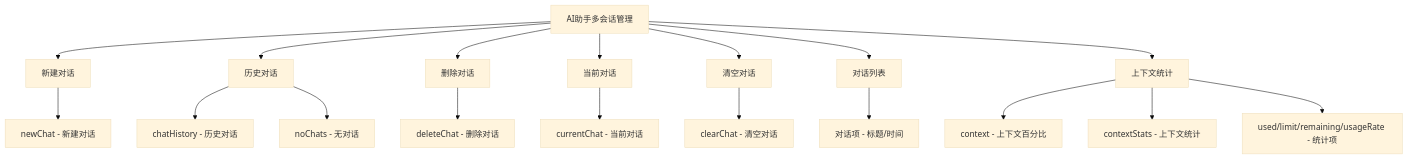
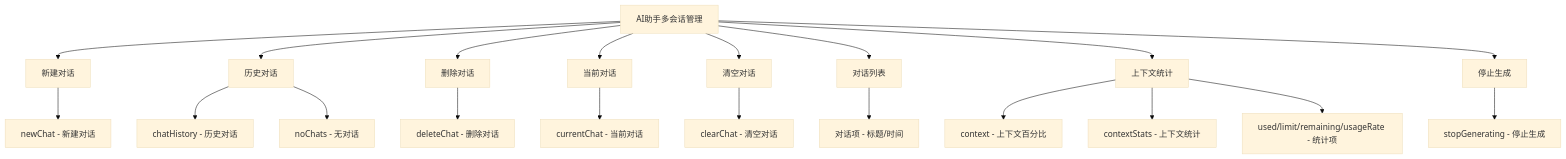
The eighth of 11 diagrams in .qoder/repowiki/zh/content/系统架构/前端架构/国际化系统/国际化系统.md (KunLabAI/KunFlix), drawn with Mermaid (base theme) before and after one commit. The commit also changed other lines of this file and 15 other files, not shown here.

````diff
--- a/.qoder/repowiki/zh/content/系统架构/前端架构/国际化系统/国际化系统.md
+++ b/.qoder/repowiki/zh/content/系统架构/前端架构/国际化系统/国际化系统.md
@@ -383,20 +390,22 @@
 ```mermaid
 graph TB
 A[AI助手多会话管理] --> B[新建对话]
 A --> C[历史对话]
 A --> D[删除对话]
 A --> E[当前对话]
 A --> F[清空对话]
 A --> G[对话列表]
 A --> H[上下文统计]
+A --> I[停止生成]
 B --> B1[newChat - 新建对话]
 C --> C1[chatHistory - 历史对话]
 C --> C2[noChats - 无对话]
 D --> D1[deleteChat - 删除对话]
 E --> E1[currentChat - 当前对话]
 F --> F1[clearChat - 清空对话]
 G --> G1[对话项 - 标题/时间]
 H --> H1[context - 上下文百分比]
 H --> H2[contextStats - 上下文统计]
 H --> H3[used/limit/remaining/usageRate - 统计项]
+I --> I1[stopGenerating - 停止生成]
 ```
````
